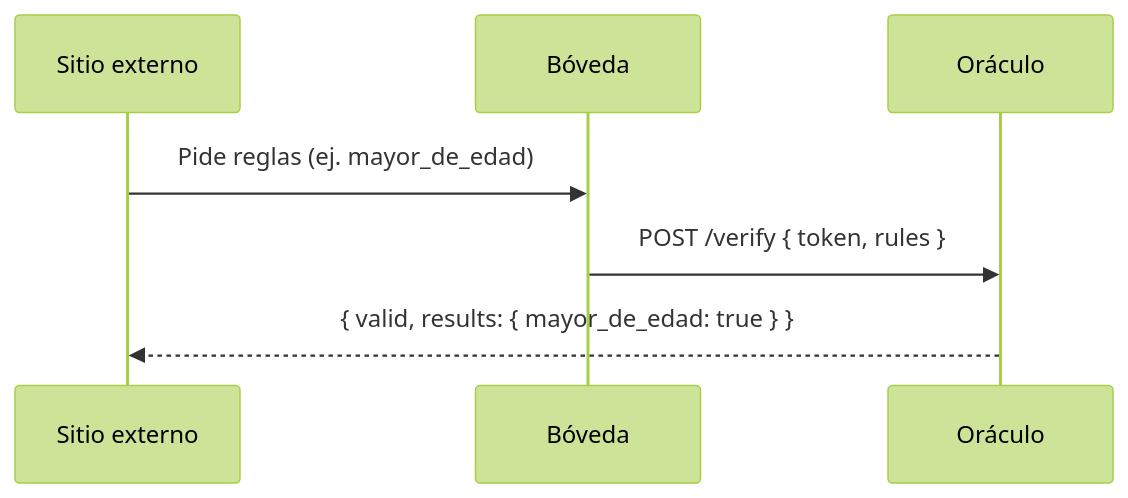
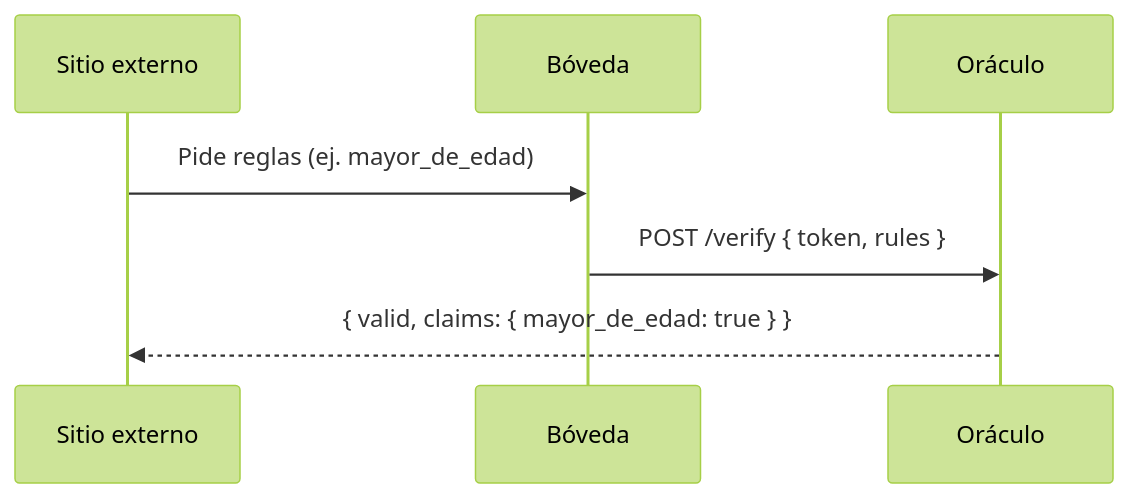
One commit to daniperdomo/platanus-hack-14 changed the second of 2 diagrams in docs/arquitectura.md. Above: the diagram before and after it, drawn with Mermaid (forest theme). The commit also changed 27 other files, not shown here.

````diff
--- a/docs/arquitectura.md
+++ b/docs/arquitectura.md
@@ -27,10 +27,10 @@
 ```mermaid
 sequenceDiagram
     participant S as Sitio externo
     participant B as Bóveda
     participant O as Oráculo
 
     S->>B: Pide reglas (ej. mayor_de_edad)
     B->>O: POST /verify { token, rules }
-    O-->>S: { valid, results: { mayor_de_edad: true } }
+    O-->>S: { valid, claims: { mayor_de_edad: true } }
 ```
````
